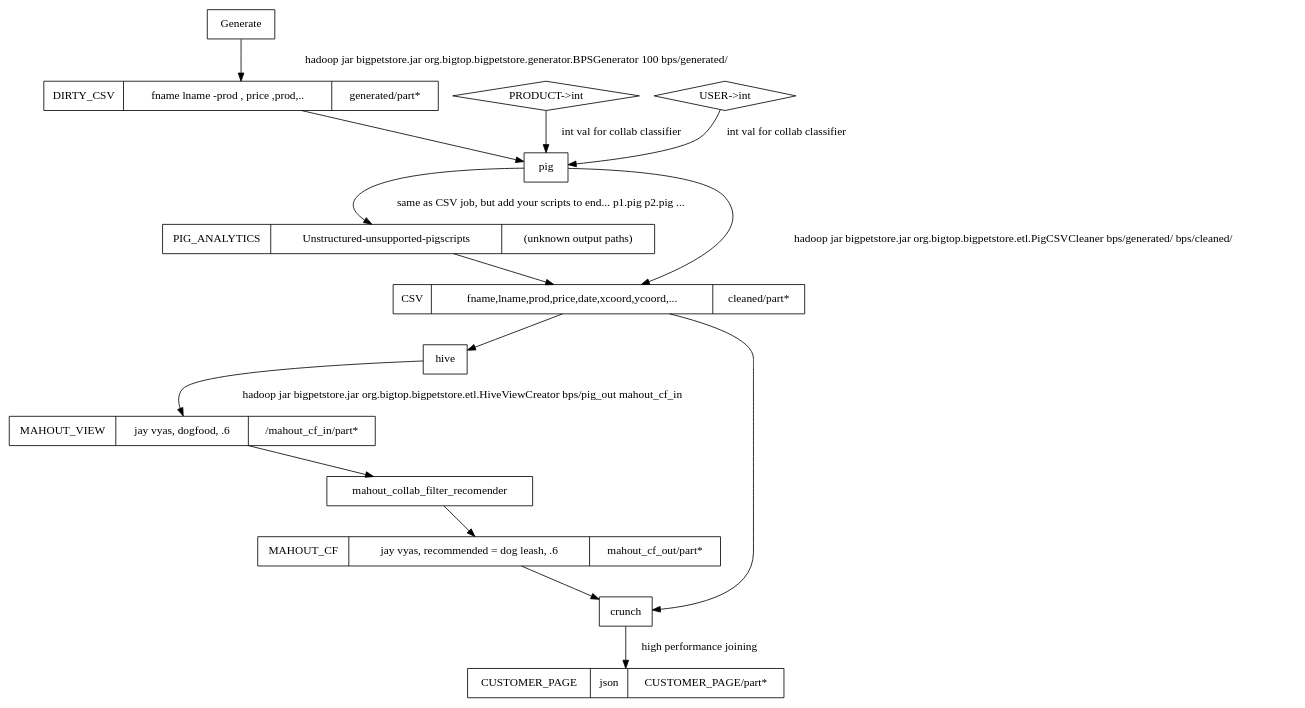
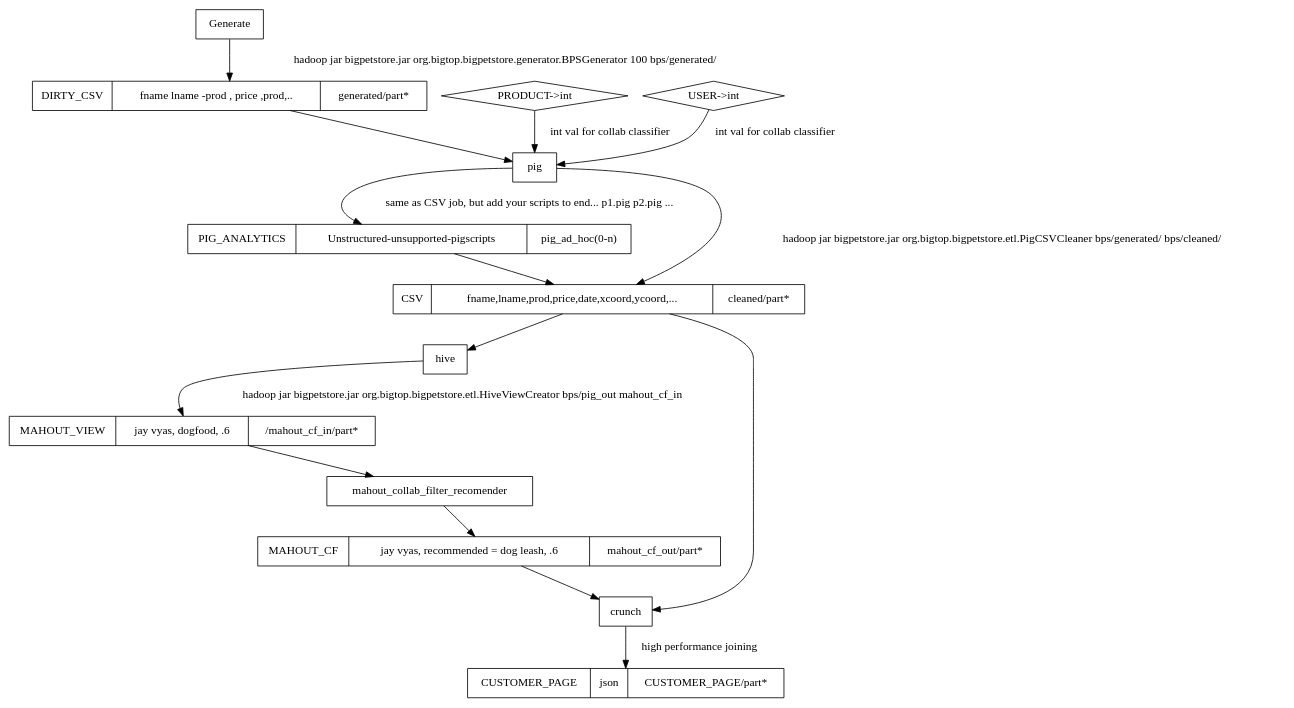
One commit to jayunit100/bigpetstore changed the diagram in arch.dot. Above: the diagram before and after it, drawn with Graphviz. The commit also changed 3 other files, not shown here.

Commit message:
pig analytics

```diff
--- a/arch.dot
+++ b/arch.dot
@@ -1,31 +1,31 @@
 digraph ethane {
 
    node [shape=record];
 
-   PIG_ANALYTICS [label="PIG_ANALYTICS|Unstructured-unsupported-pigscripts|(unknown output paths)"];
+   PIG_ANALYTICS [label="PIG_ANALYTICS|Unstructured-unsupported-pigscripts| pig_ad_hoc(0-n)"];
 
    CUSTOMER_PAGE [label="CUSTOMER_PAGE|json|CUSTOMER_PAGE/part*"];
    DIRTY_CSV [label="DIRTY_CSV|fname   lname -prod , price ,prod,..|generated/part*"];
    CSV [label="CSV|fname,lname,prod,price,date,xcoord,ycoord,...|cleaned/part*"];
    MAHOUT_VIEW_INPUT [label="MAHOUT_VIEW  | jay vyas, dogfood, .6 |  <hive_warehouse>/mahout_cf_in/part*" ];
    MAHOUT_CF [label="MAHOUT_CF  | jay vyas, recommended = dog leash, .6 | mahout_cf_out/part*" ];
    PROD_HASH [shape=diamond label="PRODUCT->int"];   
    USER_HASH [shape=diamond label="USER->int"];
 
    Generate -> DIRTY_CSV [label="hadoop jar bigpetstore.jar org.bigtop.bigpetstore.generator.BPSGenerator 100 bps/generated/"] ;
    DIRTY_CSV -> pig [label=""];  
    
    pig -> CSV [label="hadoop jar bigpetstore.jar org.bigtop.bigpetstore.etl.PigCSVCleaner bps/generated/ bps/cleaned/"];
    pig -> PIG_ANALYTICS [label="same as CSV job, but add your scripts to end... p1.pig p2.pig ..."];
    PIG_ANALYTICS -> CSV;
    PROD_HASH -> pig [label="int val for collab classifier"];
    USER_HASH -> pig  [label="int val for collab classifier"];
    
    CSV -> hive ; 
    hive -> MAHOUT_VIEW_INPUT [label="hadoop jar bigpetstore.jar org.bigtop.bigpetstore.etl.HiveViewCreator bps/pig_out mahout_cf_in"];          
    MAHOUT_VIEW_INPUT -> mahout_collab_filter_recomender  -> MAHOUT_CF;
    MAHOUT_CF  -> crunch ;
    CSV -> crunch ; 
    crunch -> CUSTOMER_PAGE [label="high performance joining"];
 
 }
```
